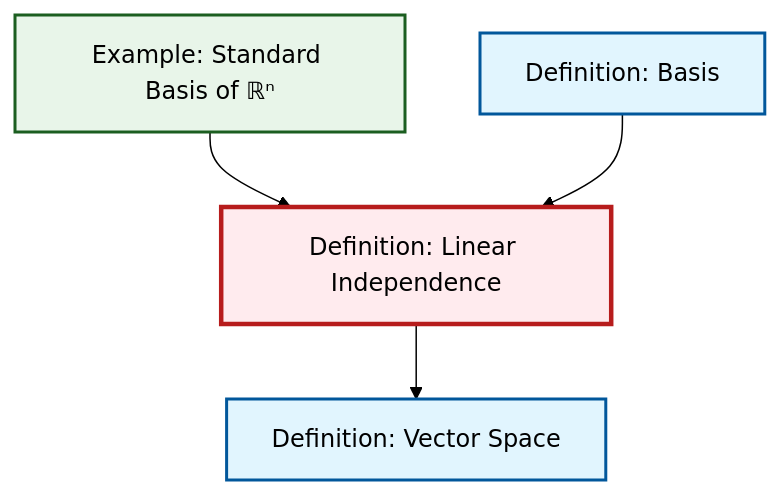
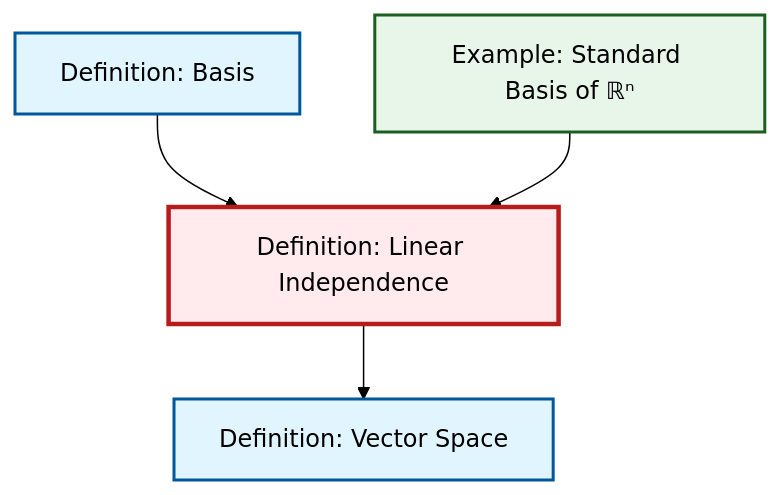
One commit to RK0429/ModernMath changed the diagram in content/ja/algebra/def-linear-independence.qmd. Above: the diagram before and after it, drawn with Mermaid (forest theme). The commit also changed other lines of this file and 497 other files, not shown here.

````diff
--- a/content/ja/algebra/def-linear-independence.qmd
+++ b/content/ja/algebra/def-linear-independence.qmd
@@ -46,20 +46,20 @@
 ```{mermaid}
 %%| fig-cap: "Local dependency graph"
 graph TD
     classDef definition fill:#e1f5fe,stroke:#01579b,stroke-width:2px
     classDef theorem fill:#f3e5f5,stroke:#4a148c,stroke-width:2px
     classDef axiom fill:#fff3e0,stroke:#e65100,stroke-width:2px
     classDef example fill:#e8f5e9,stroke:#1b5e20,stroke-width:2px
     classDef current fill:#ffebee,stroke:#b71c1c,stroke-width:3px
+    def-vector-space["Definition: Vector Space"]:::definition
     def-basis["Definition: Basis"]:::definition
-    def-vector-space["Definition: Vector Space"]:::definition
+    def-linear-independence["Definition: Linear Independence"]:::definition
     ex-standard-basis-rn["Example: Standard Basis of ℝⁿ"]:::example
-    def-linear-independence["Definition: Linear Independence"]:::definition
     def-linear-independence --> def-vector-space
+    def-basis --> def-linear-independence
     ex-standard-basis-rn --> def-linear-independence
-    def-basis --> def-linear-independence
     class def-linear-independence current
+    click def-vector-space "def-vector-space.html" "Definition: Vector Spaceへ"
     click def-basis "def-basis.html" "Definition: Basisへ"
-    click def-vector-space "def-vector-space.html" "Definition: Vector Spaceへ"
     click ex-standard-basis-rn "ex-standard-basis-rn.html" "Example: Standard Basis of ℝⁿへ"
 ```
````
